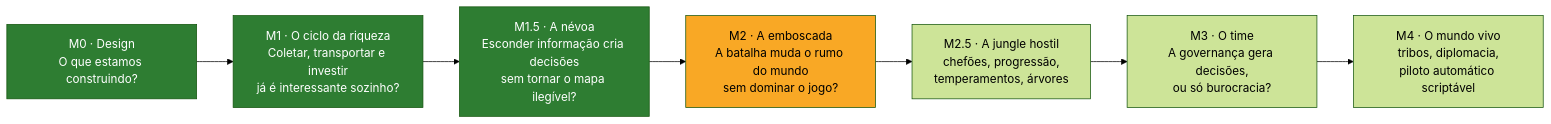
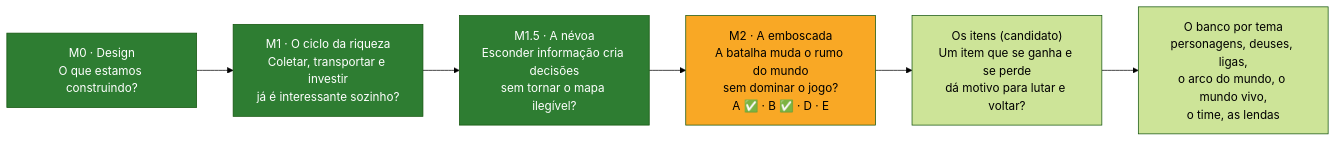
One commit to eliasfeijo/geometrix changed the first of 8 diagrams in docs/OVERVIEW.md. Above: the diagram before and after it, drawn with Mermaid (forest theme). The commit also changed other lines of this file and 5 other files, not shown here.

````diff
--- a/docs/OVERVIEW.md
+++ b/docs/OVERVIEW.md
@@ -93,13 +95,12 @@
 ```mermaid
 flowchart LR
     M0["M0 · Design<br/>O que estamos construindo?"] --> M1["M1 · O ciclo da riqueza<br/>Coletar, transportar e investir<br/>já é interessante sozinho?"]
     M1 --> M15["M1.5 · A névoa<br/>Esconder informação cria decisões<br/>sem tornar o mapa ilegível?"]
-    M15 --> M2["M2 · A emboscada<br/>A batalha muda o rumo do mundo<br/>sem dominar o jogo?"]
-    M2 --> M25["M2.5 · A jungle hostil<br/>chefões, progressão,<br/>temperamentos, árvores"]
-    M25 --> M3["M3 · O time<br/>A governança gera decisões,<br/>ou só burocracia?"]
-    M3 --> M4["M4 · O mundo vivo<br/>tribos, diplomacia,<br/>piloto automático scriptável"]
+    M15 --> M2["M2 · A emboscada<br/>A batalha muda o rumo do mundo<br/>sem dominar o jogo?<br/>A ✅ · B ✅ · D · E"]
+    M2 --> IT["Os itens (candidato)<br/>Um item que se ganha e se perde<br/>dá motivo para lutar e voltar?"]
+    IT --> BK["O banco por tema<br/>personagens, deuses, ligas,<br/>o arco do mundo, o mundo vivo,<br/>o time, as lendas"]
     style M0 fill:#2e7d32,color:#fff
     style M1 fill:#2e7d32,color:#fff
     style M15 fill:#2e7d32,color:#fff
     style M2 fill:#f9a825,color:#000
 ```
````
